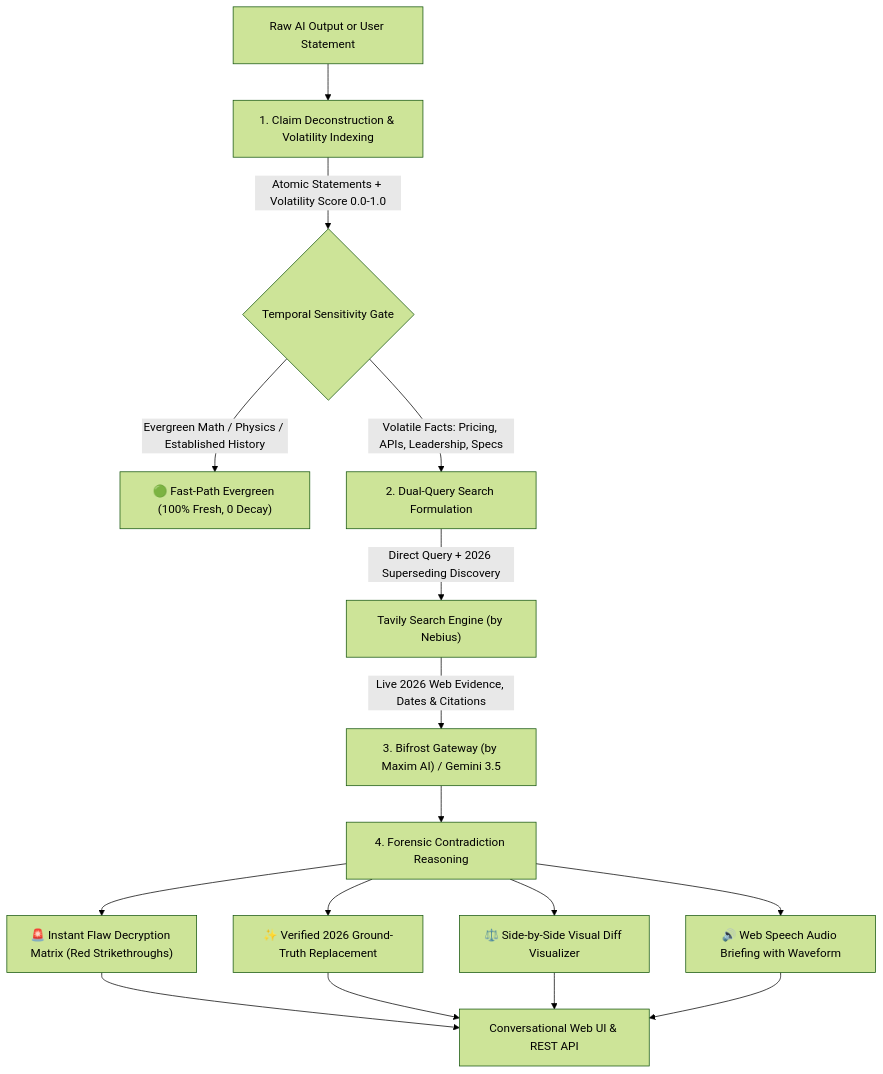
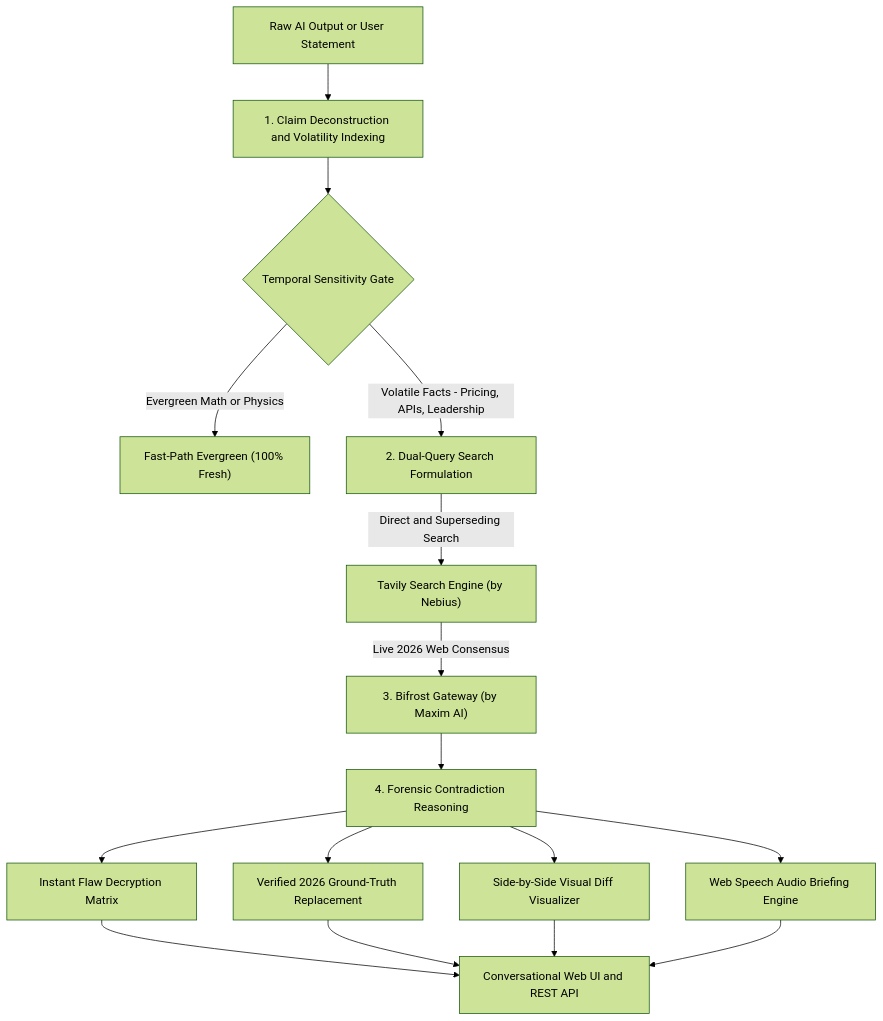
One commit to Tech-Adii/freshguard-ai changed the diagram in README.md. Above: the diagram before and after it, drawn with Mermaid (forest theme).

Commit message:
docs: fix Mermaid architecture diagram syntax for GitHub renderer

````diff
--- a/README.md
+++ b/README.md
@@ -55,19 +55,22 @@
 ```mermaid
-flowchart TD
-    A["Raw AI Output or User Statement"] --> B["1. Claim Deconstruction & Volatility Indexing"]
-    B -->|Atomic Statements + Volatility Score 0.0-1.0| C{"Temporal Sensitivity Gate"}
+graph TD
+    A["Raw AI Output or User Statement"] --> B["1. Claim Deconstruction and Volatility Indexing"]
+    B --> C{"Temporal Sensitivity Gate"}
     
-    C -->|Evergreen Math / Physics / Established History| D["🟢 Fast-Path Evergreen (100% Fresh, 0 Decay)"]
-    C -->|Volatile Facts: Pricing, APIs, Leadership, Specs| E["2. Dual-Query Search Formulation"]
+    C -->|Evergreen Math or Physics| D["Fast-Path Evergreen (100% Fresh)"]
+    C -->|Volatile Facts - Pricing, APIs, Leadership| E["2. Dual-Query Search Formulation"]
     
-    E -->|Direct Query + 2026 Superseding Discovery| F["Tavily Search Engine (by Nebius)"]
-    F -->|Live 2026 Web Evidence, Dates & Citations| G["3. Bifrost Gateway (by Maxim AI) / Gemini 3.5"]
+    E -->|Direct and Superseding Search| F["Tavily Search Engine (by Nebius)"]
+    F -->|Live 2026 Web Consensus| G["3. Bifrost Gateway (by Maxim AI)"]
     
     G --> H["4. Forensic Contradiction Reasoning"]
-    H --> I1["🚨 Instant Flaw Decryption Matrix (Red Strikethroughs)"]
-    H --> I2["✨ Verified 2026 Ground-Truth Replacement"]
-    H --> I3["⚖️ Side-by-Side Visual Diff Visualizer"]
-    H --> I4["🔊 Web Speech Audio Briefing with Waveform"]
+    H --> I1["Instant Flaw Decryption Matrix"]
+    H --> I2["Verified 2026 Ground-Truth Replacement"]
+    H --> I3["Side-by-Side Visual Diff Visualizer"]
+    H --> I4["Web Speech Audio Briefing Engine"]
     
-    I1 & I2 & I3 & I4 --> J["Conversational Web UI & REST API"]
+    I1 --> J["Conversational Web UI and REST API"]
+    I2 --> J
+    I3 --> J
+    I4 --> J
 ```
````
